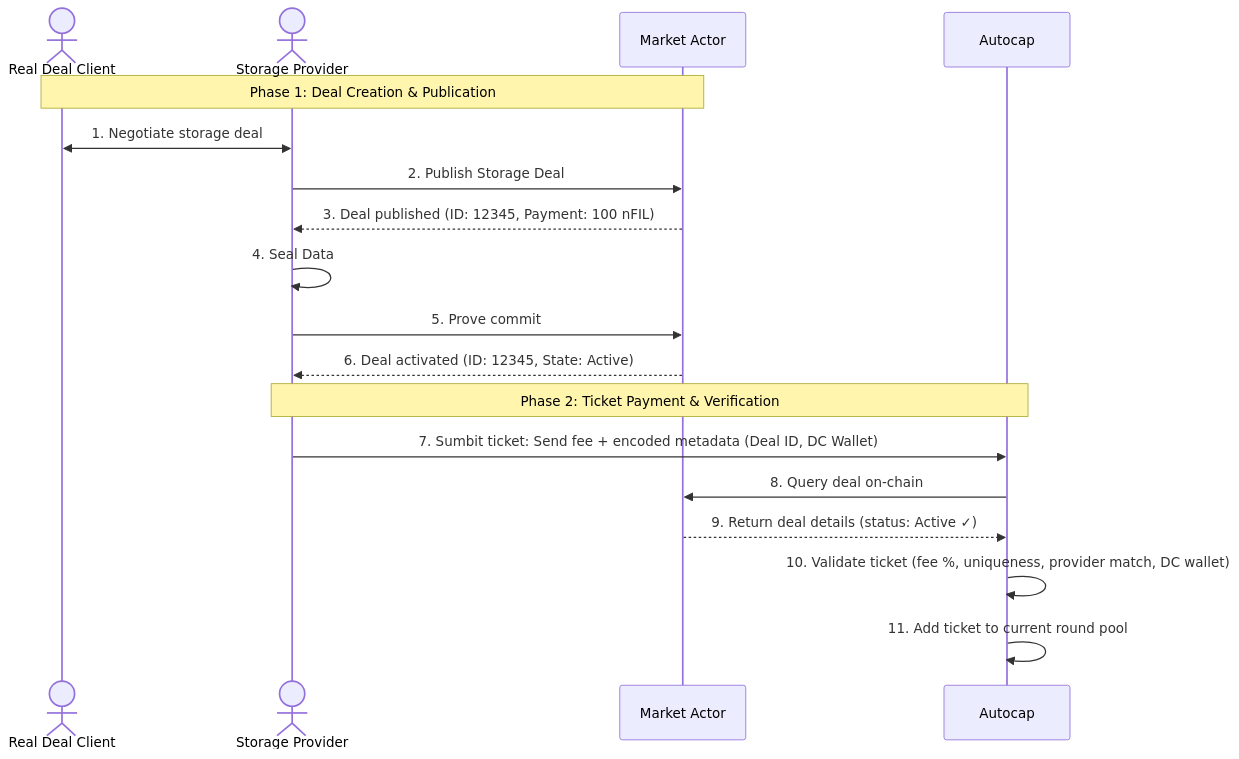
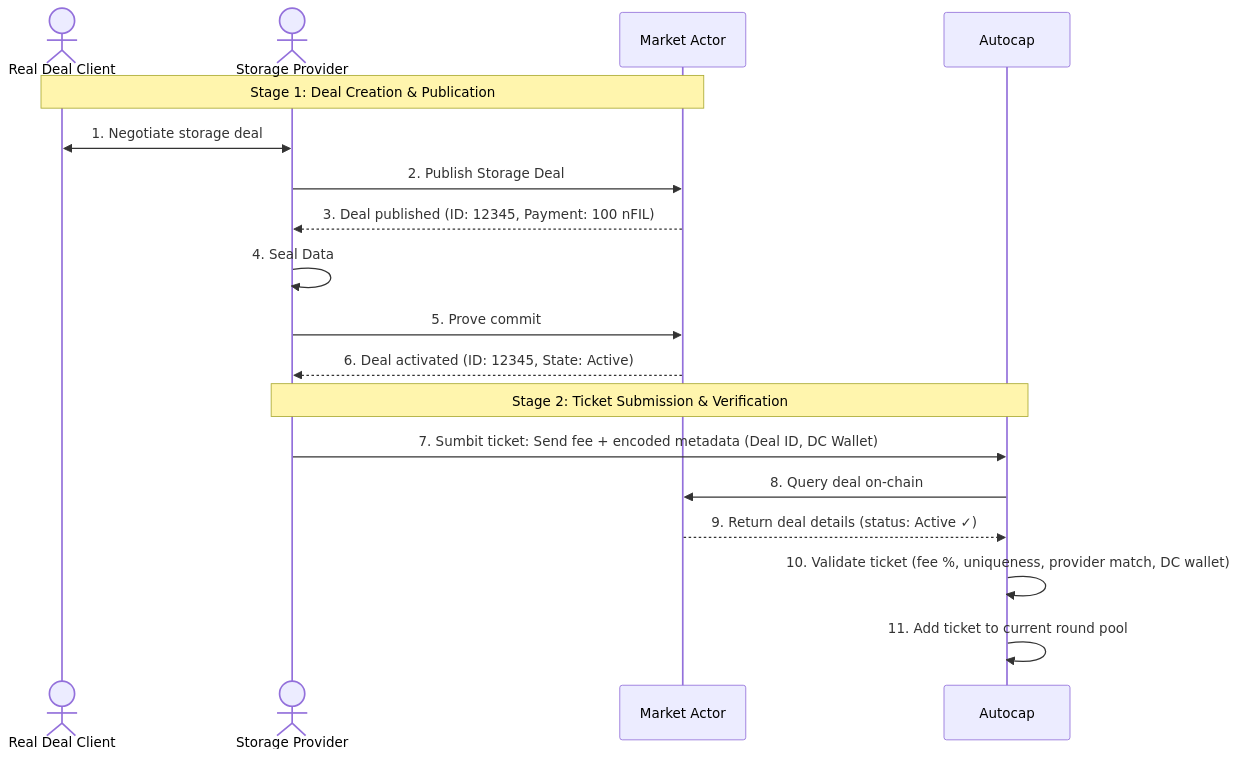
One commit to CELtd/filplus-autocap changed the first of 2 diagrams in docs/SCHEME.md. Above: the diagram before and after it, drawn with Mermaid. The commit also changed other lines of this file, not shown here.

````diff
--- a/docs/SCHEME.md
+++ b/docs/SCHEME.md
@@ -43,23 +44,22 @@
 ```mermaid
 sequenceDiagram
   actor Client as Real Deal Client
   actor SP as Storage Provider
   participant Market as Market Actor
   participant Autocap as Autocap
-  Note over Client, Market: Phase 1: Deal Creation & Publication
+  Note over Client, Market: Stage 1: Deal Creation & Publication
 
   Client <<->> SP: 1. Negotiate storage deal
   SP ->> Market: 2. Publish Storage Deal
   Market -->> SP: 3. Deal published (ID: 12345, Payment: 100 nFIL)
   SP ->> SP: 4. Seal Data
   SP ->> Market: 5. Prove commit
   Market -->> SP: 6. Deal activated (ID: 12345, State: Active)
 
-  Note over SP, Autocap: Phase 2: Ticket Payment & Verification
-
+  Note over SP, Autocap: Stage 2: Ticket Submission & Verification
   SP ->> Autocap: 7. Sumbit ticket: Send fee + encoded metadata (Deal ID, DC Wallet)
   Autocap ->> Market: 8. Query deal on-chain
   Market -->> Autocap: 9. Return deal details (status: Active ✓)
   Autocap ->> Autocap: 10. Validate ticket (fee %, uniqueness, provider match, DC wallet)
   Autocap ->> Autocap: 11. Add ticket to current round pool
 ```
````
